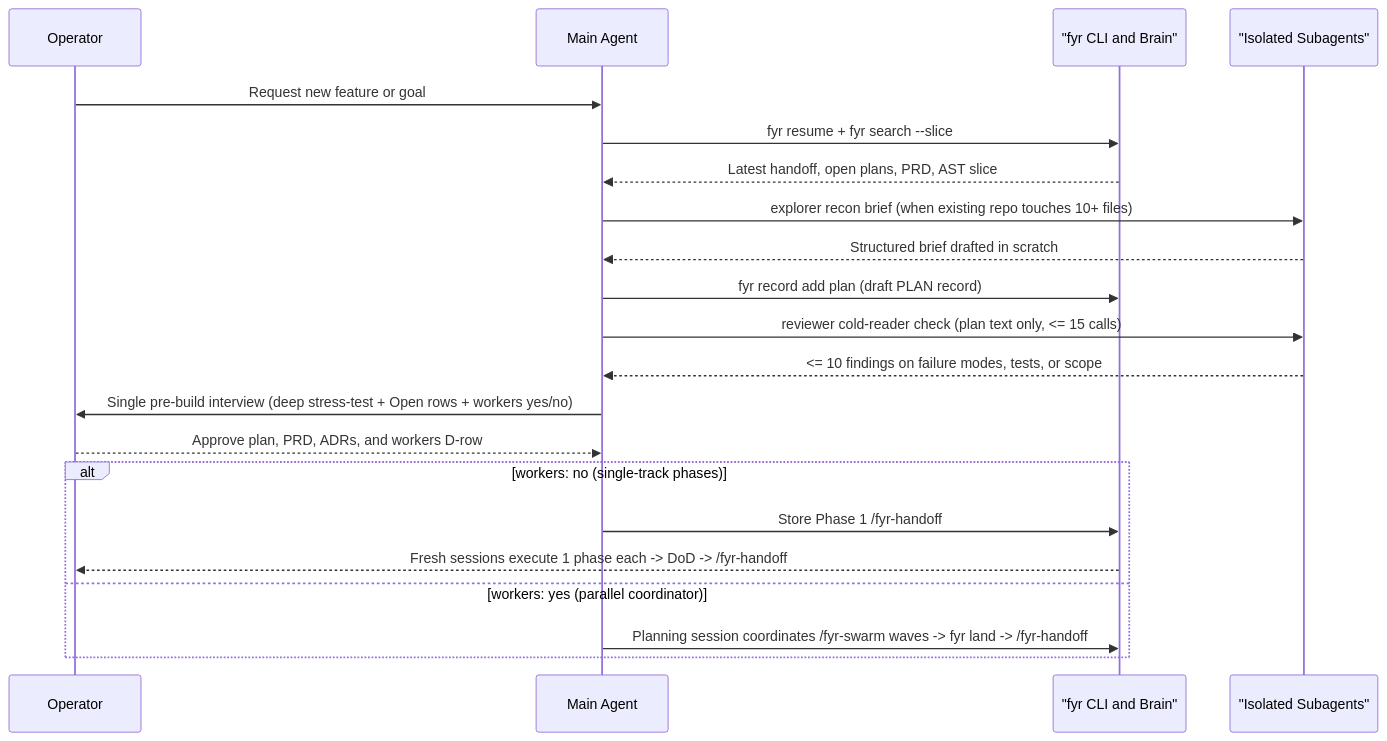
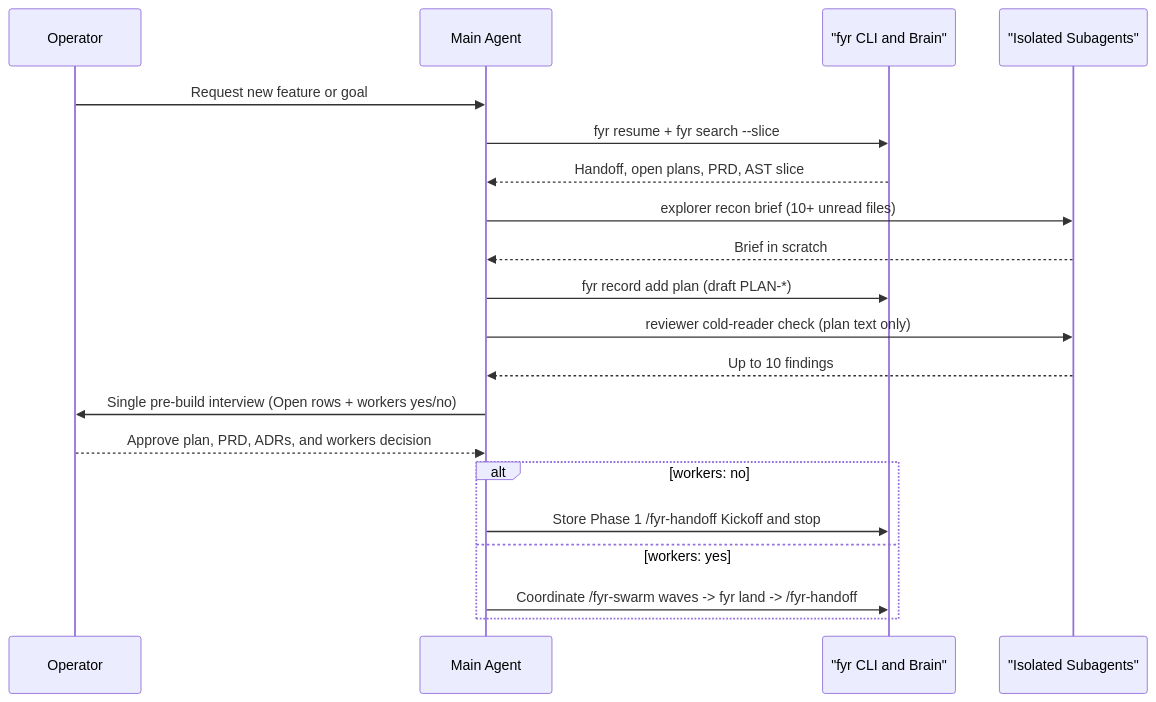
The third of 5 diagrams in Workflow.md (kesokaj/fyr), drawn with Mermaid before and after one commit. The commit also changed other lines of this file and 1 other file, not shown here.

Commit message:
squash: land work/p2b-readme-workflow-v2

````diff
--- a/Workflow.md
+++ b/Workflow.md
@@ -80,23 +58,22 @@
 ```mermaid
 sequenceDiagram
     participant Op as Operator
     participant Lead as Main Agent
     participant Fyr as "fyr CLI and Brain"
     participant Sub as "Isolated Subagents"
     Op->>Lead: Request new feature or goal
     Lead->>Fyr: fyr resume + fyr search --slice
-    Fyr-->>Lead: Latest handoff, open plans, PRD, AST slice
-    Lead->>Sub: explorer recon brief (when existing repo touches 10+ files)
-    Sub-->>Lead: Structured brief drafted in scratch
-    Lead->>Fyr: fyr record add plan (draft PLAN record)
-    Lead->>Sub: reviewer cold-reader check (plan text only, <= 15 calls)
-    Sub-->>Lead: <= 10 findings on failure modes, tests, or scope
-    Lead->>Op: Single pre-build interview (deep stress-test + Open rows + workers yes/no)
-    Op-->>Lead: Approve plan, PRD, ADRs, and workers D-row
-    alt workers: no (single-track phases)
-        Lead->>Fyr: Store Phase 1 /fyr-handoff ## Kickoff and end planning session
-        Fyr-->>Op: Fresh sessions execute 1 phase each -> DoD -> /fyr-handoff
-    else workers: yes (parallel coordinator)
-        Lead->>Fyr: Planning session coordinates /fyr-swarm waves -> fyr land -> /fyr-handoff
+    Fyr-->>Lead: Handoff, open plans, PRD, AST slice
+    Lead->>Sub: explorer recon brief (10+ unread files)
+    Sub-->>Lead: Brief in scratch
+    Lead->>Fyr: fyr record add plan (draft PLAN-*)
+    Lead->>Sub: reviewer cold-reader check (plan text only)
+    Sub-->>Lead: Up to 10 findings
+    Lead->>Op: Single pre-build interview (Open rows + workers yes/no)
+    Op-->>Lead: Approve plan, PRD, ADRs, and workers decision
+    alt workers: no
+        Lead->>Fyr: Store Phase 1 /fyr-handoff Kickoff and stop
+    else workers: yes
+        Lead->>Fyr: Coordinate /fyr-swarm waves -> fyr land -> /fyr-handoff
     end
 ```
````
